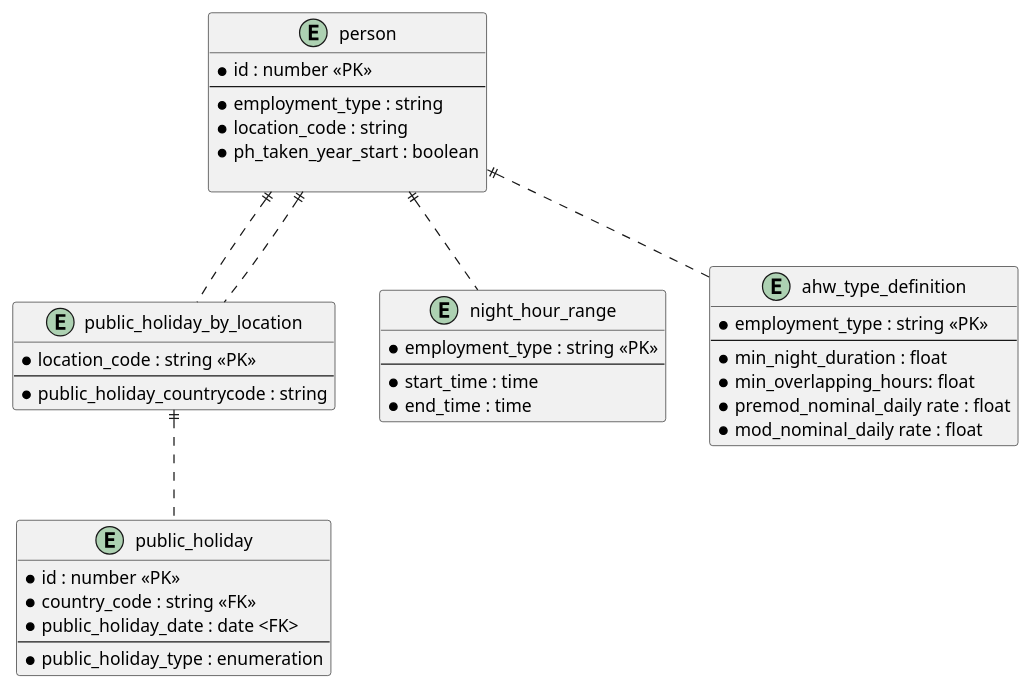
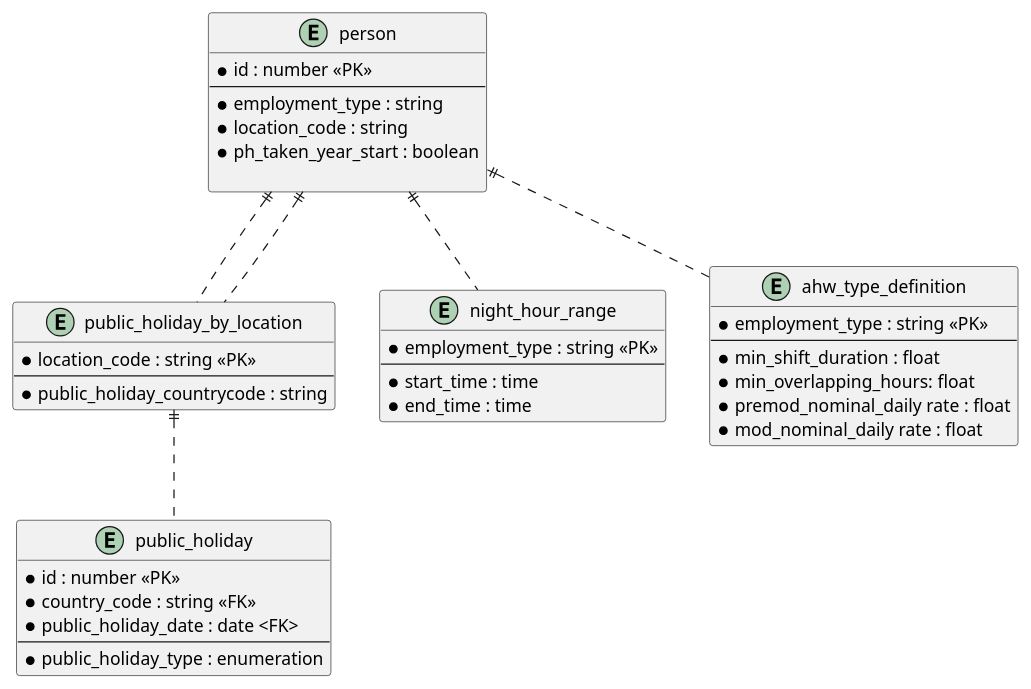
The diagram in docs/containers/rest-api/storage-model-ref-external.puml (UKHomeOffice/callisto-accruals-restapi), drawn with PlantUML before and after one commit. The commit also changed 2 other files, not shown here.

Commit message:
Add isNormaShift

```diff
--- a/docs/containers/rest-api/storage-model-ref-external.puml
+++ b/docs/containers/rest-api/storage-model-ref-external.puml
@@ -1,52 +1,52 @@
 @startuml
 
 entity person {
   * id : number <<PK>>
   --
   * employment_type : string
   * location_code : string
   * ph_taken_year_start : boolean
   
 }
 
 entity public_holiday_by_location {
   * location_code : string <<PK>>
   --
   * public_holiday_countrycode : string
 }
 
 person ||.. public_holiday_by_location
 
 entity public_holiday {
   * id : number <<PK>>
   * country_code : string <<FK>>
   * public_holiday_date : date <FK>
   --
   * public_holiday_type : enumeration
 }
 
 person ||.. public_holiday_by_location
 public_holiday_by_location ||.. public_holiday
 
 entity night_hour_range {
   * employment_type : string <<PK>>
   --
   * start_time : time
   * end_time : time
 }
 
 person ||.. night_hour_range
 
 entity ahw_type_definition {
   * employment_type : string <<PK>>
   --
-  * min_night_duration : float
+  * min_shift_duration : float
   * min_overlapping_hours: float
   * premod_nominal_daily rate : float
   * mod_nominal_daily rate : float
 }
 
 
 person ||.. ahw_type_definition
 
 @enduml
```
